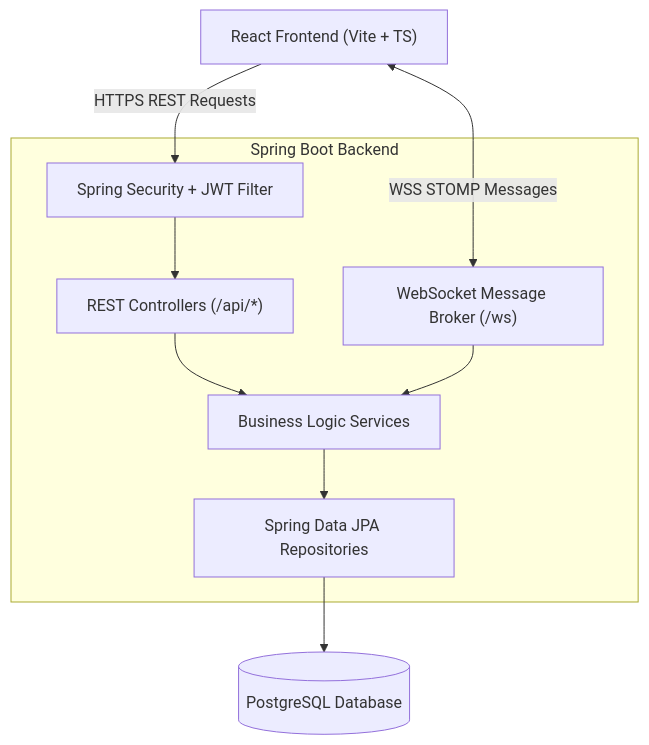
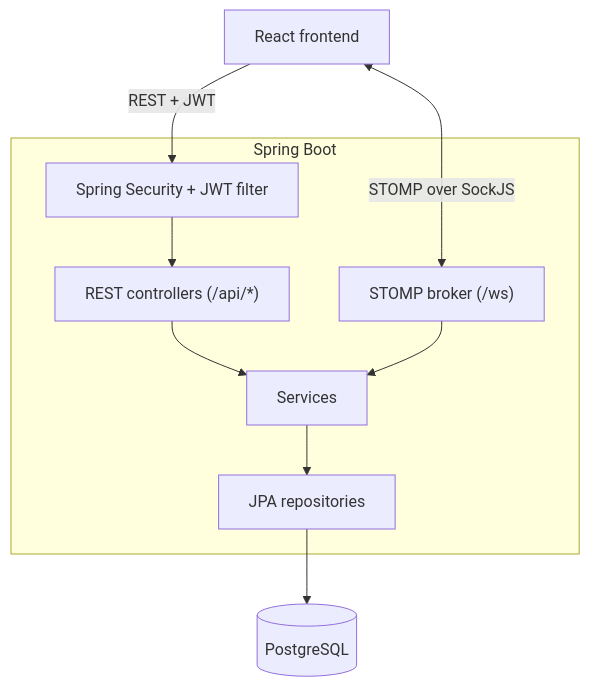
One commit to tharun10x/Team-Flow changed the diagram in README.md. Above: the diagram before and after it, drawn with Mermaid. The commit also changed other lines of this file, not shown here.

````diff
--- a/README.md
+++ b/README.md
@@ -95,22 +90,22 @@
 ```mermaid
 graph TD
-    Client["React Frontend (Vite + TS)"]
-    
-    subgraph Spring Boot Backend
-        Security["Spring Security + JWT Filter"]
-        RestCtrl["REST Controllers (/api/*)"]
-        WSCtrl["WebSocket Message Broker (/ws)"]
-        Services["Business Logic Services"]
-        Repos["Spring Data JPA Repositories"]
+    Client["React frontend"]
+
+    subgraph Spring Boot
+        Security["Spring Security + JWT filter"]
+        RestCtrl["REST controllers (/api/*)"]
+        WSCtrl["STOMP broker (/ws)"]
+        Services["Services"]
+        Repos["JPA repositories"]
     end
-    
-    DB[(PostgreSQL Database)]
 
-    Client -->|HTTPS REST Requests| Security
-    Client <-->|WSS STOMP Messages| WSCtrl
+    DB[(PostgreSQL)]
+
+    Client -->|REST + JWT| Security
+    Client <-->|STOMP over SockJS| WSCtrl
     Security --> RestCtrl
     RestCtrl --> Services
     WSCtrl --> Services
     Services --> Repos
     Repos --> DB
 ```
````
